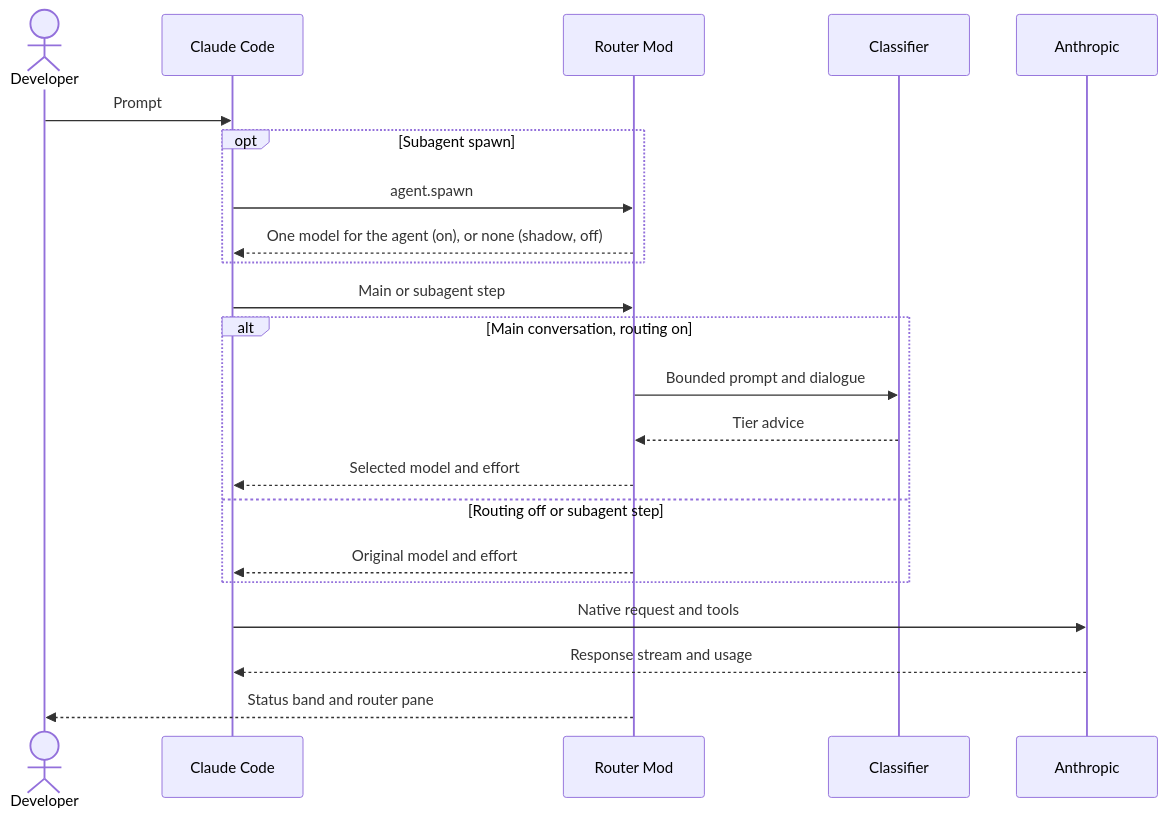
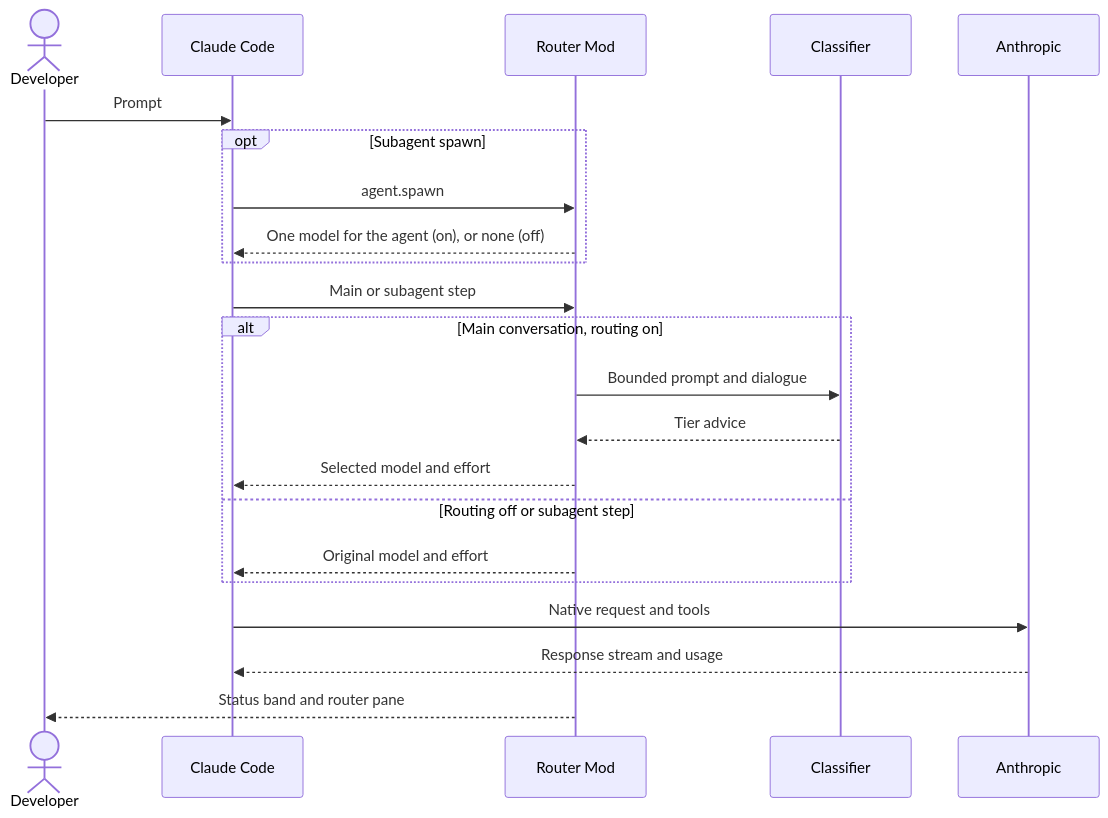
The diagram in README.md (alexei-led/claude-router), drawn with Mermaid before and after one commit. The commit also changed other lines of this file and 38 other files, not shown here.

````diff
--- a/README.md
+++ b/README.md
@@ -32,24 +32,24 @@
 ```mermaid
 sequenceDiagram
   actor Dev as Developer
   participant Code as Claude Code
   participant Mod as Router Mod
   participant Cls as Classifier
   participant API as Anthropic
   Dev->>Code: Prompt
   opt Subagent spawn
     Code->>Mod: agent.spawn
-    Mod-->>Code: One model for the agent (on), or none (shadow, off)
+    Mod-->>Code: One model for the agent (on), or none (off)
   end
   Code->>Mod: Main or subagent step
   alt Main conversation, routing on
     Mod->>Cls: Bounded prompt and dialogue
     Cls-->>Mod: Tier advice
     Mod-->>Code: Selected model and effort
   else Routing off or subagent step
     Mod-->>Code: Original model and effort
   end
   Code->>API: Native request and tools
   API-->>Code: Response stream and usage
   Mod-->>Dev: Status band and router pane
 ```
````
